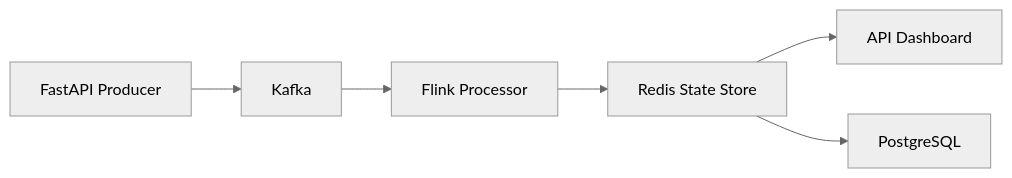
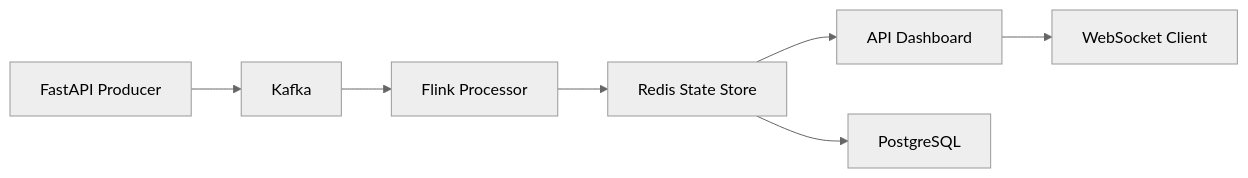
The first of 6 diagrams in README.md (Adam-445/analytics-pipeline-lab), drawn with Mermaid (neutral theme) before and after one commit. The commit also changed other lines of this file, not shown here.

````diff
--- a/README.md
+++ b/README.md
@@ -6,8 +6,9 @@
 ```mermaid
 graph LR
   A[FastAPI Producer] --> B[Kafka]
   B --> C[Flink Processor]
   C --> D[Redis State Store]
   D --> E[API Dashboard]
   D --> F[PostgreSQL]
+  E --> G[WebSocket Client]
 ```
````
